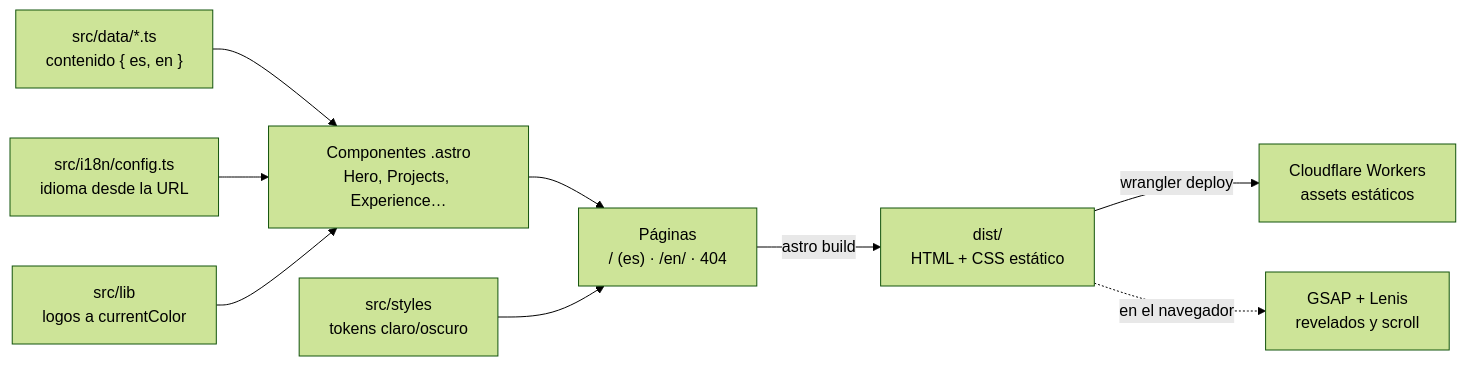
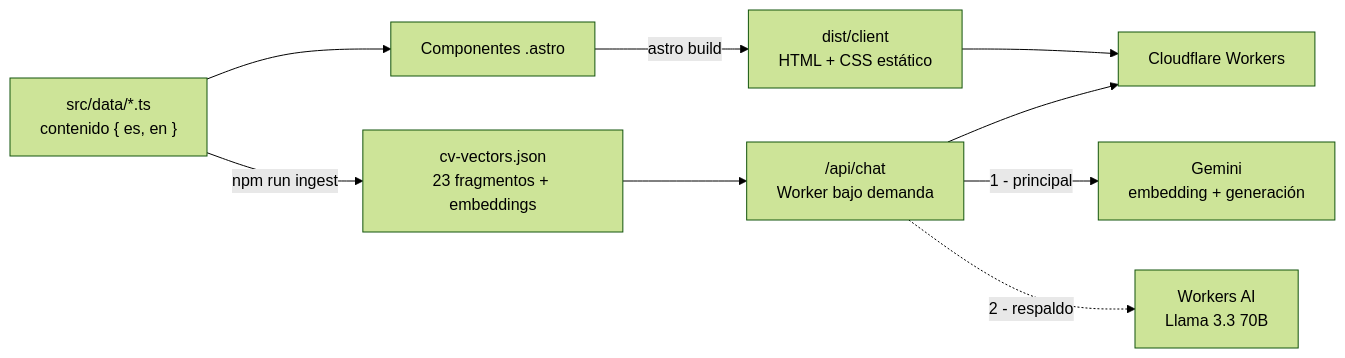
Before and after one commit to Jvrmmora/javier-portfolio: the first of 2 diagrams in README.md, drawn with Mermaid (forest theme). The commit also changed other lines of this file, not shown here.

Commit message:
README: documenta el chat con IA (RAG con Gemini y respaldo en Workers AI), diagramas de arquitectura y secuencia, variables, despliegue y solución de problemas

````diff
--- a/README.md
+++ b/README.md
@@ -27,11 +57,11 @@
 ```mermaid
 flowchart LR
-  D["src/data/*.ts<br/>contenido { es, en }"] --> C["Componentes .astro<br/>Hero, Projects, Experience…"]
-  I["src/i18n/config.ts<br/>idioma desde la URL"] --> C
-  L["src/lib<br/>logos a currentColor"] --> C
-  C --> P["Páginas<br/>/ (es) · /en/ · 404"]
-  S["src/styles<br/>tokens claro/oscuro"] --> P
-  P -->|astro build| H["dist/<br/>HTML + CSS estático"]
-  H -->|wrangler deploy| W["Cloudflare Workers<br/>assets estáticos"]
-  H -.->|en el navegador| M["GSAP + Lenis<br/>revelados y scroll"]
+  D["src/data/*.ts<br/>contenido { es, en }"] --> C["Componentes .astro"]
+  C -->|astro build| H["dist/client<br/>HTML + CSS estático"]
+  D -->|npm run ingest| V["cv-vectors.json<br/>23 fragmentos + embeddings"]
+  H --> W["Cloudflare Workers"]
+  V --> A["/api/chat<br/>Worker bajo demanda"]
+  A --> W
+  A -->|1 - principal| G["Gemini<br/>embedding + generación"]
+  A -.->|2 - respaldo| F["Workers AI<br/>Llama 3.3 70B"]
 ```
````
